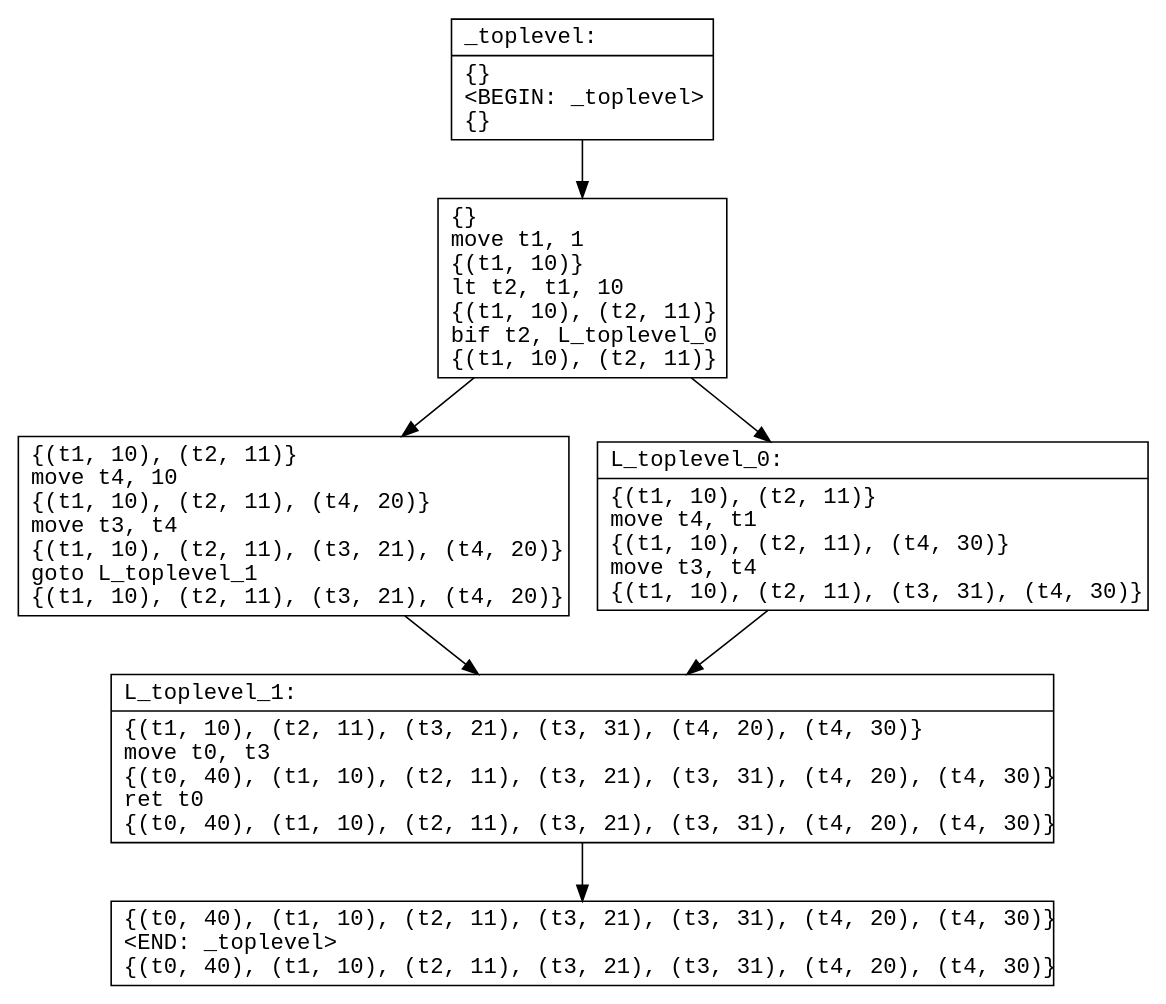
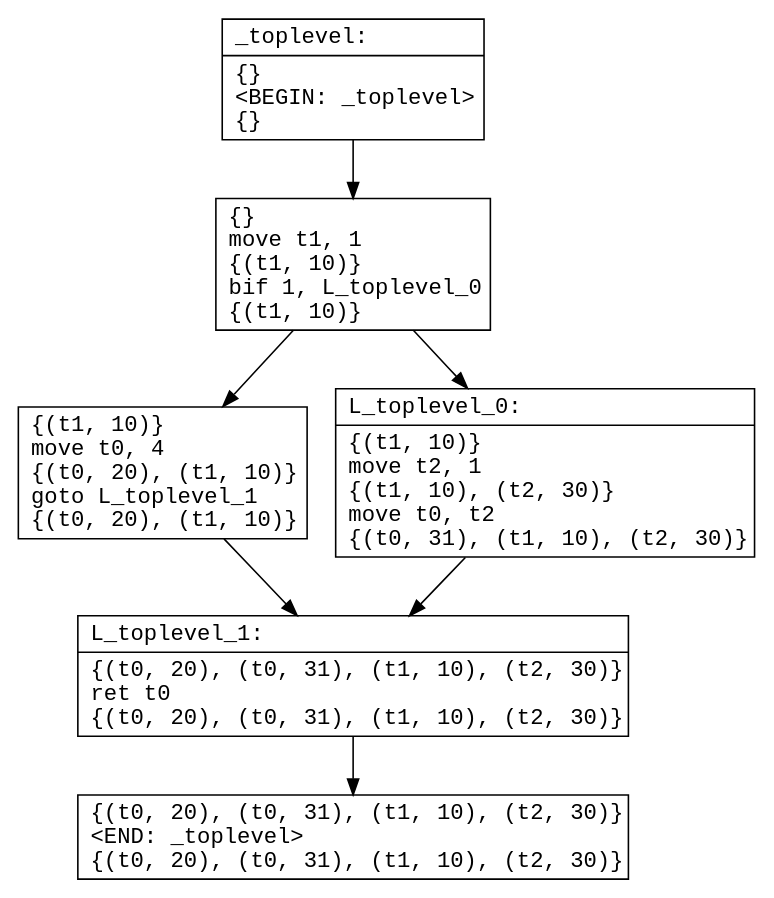
The diagram in code/cfg_tmp.dot (ore-puzzle/le4com), drawn with Graphviz before and after one commit. The commit also changed 8 other files, not shown here.

```diff
--- a/code/cfg_tmp.dot
+++ b/code/cfg_tmp.dot
@@ -1,16 +1,16 @@
 digraph CFG {
   node [shape=record fontname="courier"]
   _toplevel0 [label="{_toplevel:\l|\{\}\l\<BEGIN: _toplevel\>\l\{\}\l}"];
-  _toplevel1 [label="{\{\}\lmove  t1, 1\l\{(t1, 10)\}\llt  t2, t1, 10\l\{(t1, 10), (t2, 11)\}\lbif  t2, L_toplevel_0\l\{(t1, 10), (t2, 11)\}\l}"];
-  _toplevel2 [label="{\{(t1, 10), (t2, 11)\}\lmove  t4, 10\l\{(t1, 10), (t2, 11), (t4, 20)\}\lmove  t3, t4\l\{(t1, 10), (t2, 11), (t3, 21), (t4, 20)\}\lgoto  L_toplevel_1\l\{(t1, 10), (t2, 11), (t3, 21), (t4, 20)\}\l}"];
-  _toplevel3 [label="{L_toplevel_0:\l|\{(t1, 10), (t2, 11)\}\lmove  t4, t1\l\{(t1, 10), (t2, 11), (t4, 30)\}\lmove  t3, t4\l\{(t1, 10), (t2, 11), (t3, 31), (t4, 30)\}\l}"];
-  _toplevel4 [label="{L_toplevel_1:\l|\{(t1, 10), (t2, 11), (t3, 21), (t3, 31), (t4, 20), (t4, 30)\}\lmove  t0, t3\l\{(t0, 40), (t1, 10), (t2, 11), (t3, 21), (t3, 31), (t4, 20), (t4, 30)\}\lret  t0\l\{(t0, 40), (t1, 10), (t2, 11), (t3, 21), (t3, 31), (t4, 20), (t4, 30)\}\l}"];
-  _toplevel5 [label="{\{(t0, 40), (t1, 10), (t2, 11), (t3, 21), (t3, 31), (t4, 20), (t4, 30)\}\l\<END: _toplevel\>\l\{(t0, 40), (t1, 10), (t2, 11), (t3, 21), (t3, 31), (t4, 20), (t4, 30)\}\l}"];
+  _toplevel1 [label="{\{\}\lmove  t1, 1\l\{(t1, 10)\}\lbif  1, L_toplevel_0\l\{(t1, 10)\}\l}"];
+  _toplevel2 [label="{\{(t1, 10)\}\lmove  t0, 4\l\{(t0, 20), (t1, 10)\}\lgoto  L_toplevel_1\l\{(t0, 20), (t1, 10)\}\l}"];
+  _toplevel3 [label="{L_toplevel_0:\l|\{(t1, 10)\}\lmove  t2, 1\l\{(t1, 10), (t2, 30)\}\lmove  t0, t2\l\{(t0, 31), (t1, 10), (t2, 30)\}\l}"];
+  _toplevel4 [label="{L_toplevel_1:\l|\{(t0, 20), (t0, 31), (t1, 10), (t2, 30)\}\lret  t0\l\{(t0, 20), (t0, 31), (t1, 10), (t2, 30)\}\l}"];
+  _toplevel5 [label="{\{(t0, 20), (t0, 31), (t1, 10), (t2, 30)\}\l\<END: _toplevel\>\l\{(t0, 20), (t0, 31), (t1, 10), (t2, 30)\}\l}"];
 
   _toplevel0 -> _toplevel1
   _toplevel1 -> _toplevel3
   _toplevel1 -> _toplevel2
   _toplevel2 -> _toplevel4
   _toplevel3 -> _toplevel4
   _toplevel4 -> _toplevel5
   }
```
